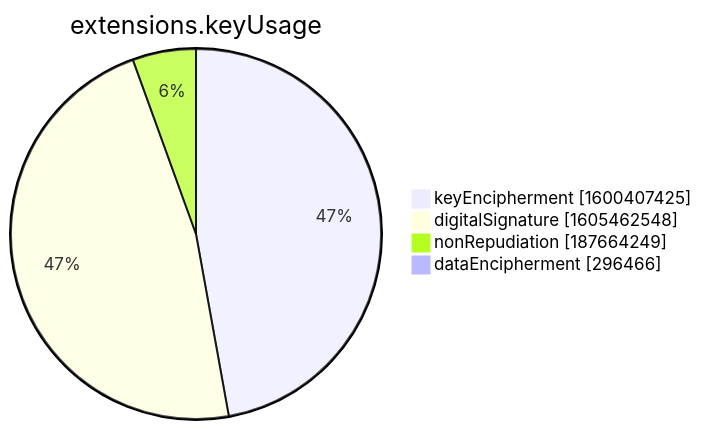
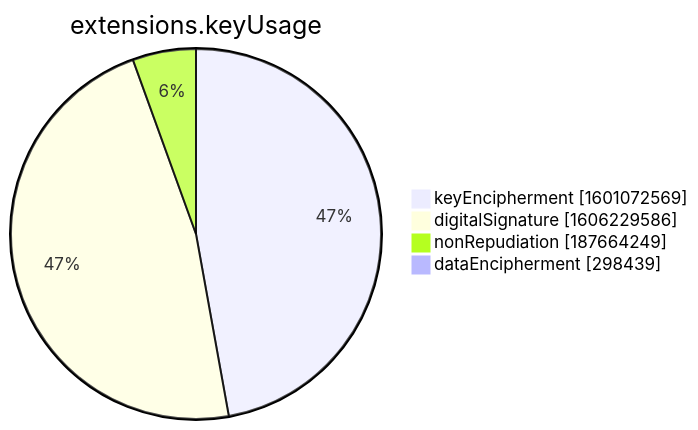
One commit to christiankrug/ctmonitor_visualization changed the seventh of 15 diagrams in xenon2022/README.md. Above: the diagram before and after it, drawn with Mermaid. The commit also changed other lines of this file, not shown here.

````diff
--- a/xenon2022/README.md
+++ b/xenon2022/README.md
@@ -2854,8 +2854,8 @@
 ```mermaid
 pie showData
 title extensions.keyUsage
-"keyEncipherment" :1600407425
-"digitalSignature" :1605462548
+"keyEncipherment" :1601072569
+"digitalSignature" :1606229586
 "nonRepudiation" :187664249
-"dataEncipherment" :296466
+"dataEncipherment" :298439
 ```
````
